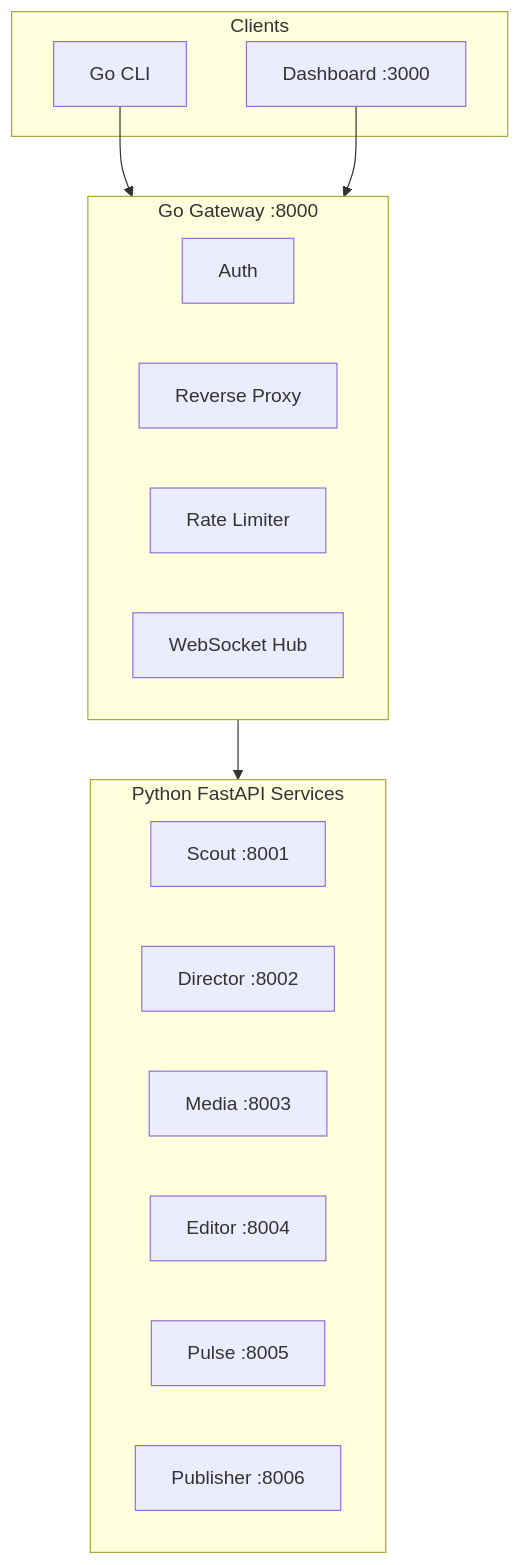
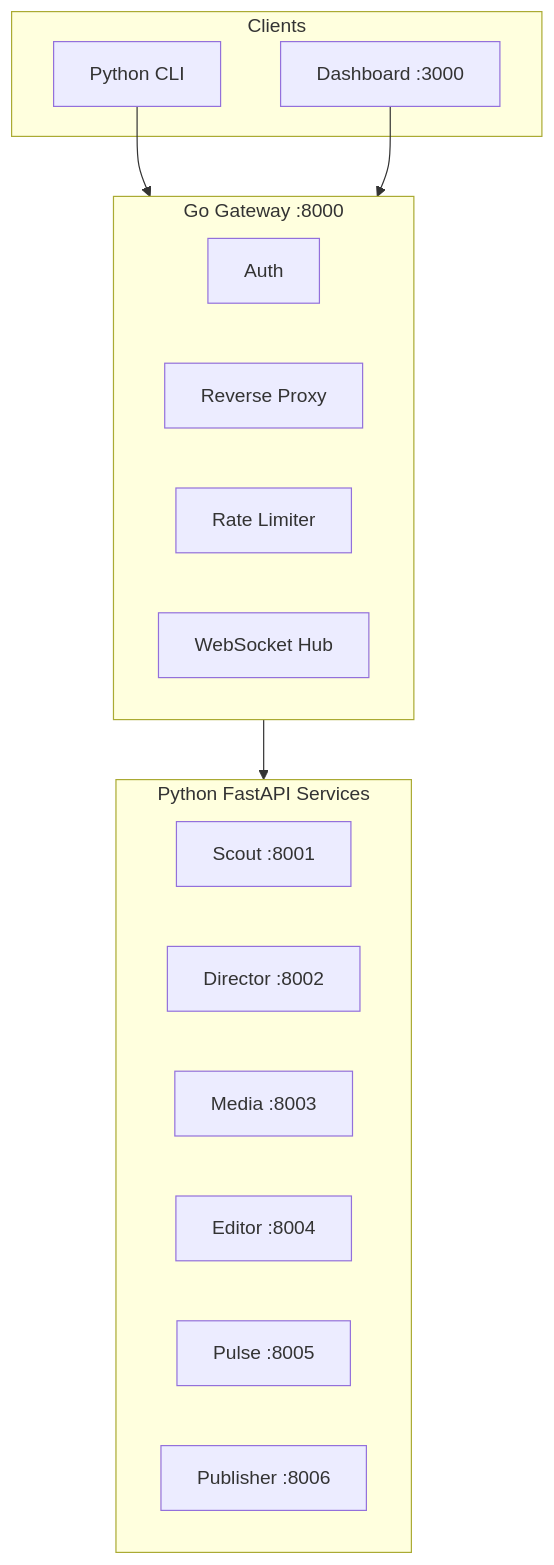
The diagram in docs/services/index.md (nebulae-official/orion), drawn with Mermaid before and after one commit. The commit also changed other lines of this file and 43 other files, not shown here.

````diff
--- a/docs/services/index.md
+++ b/docs/services/index.md
@@ -9,28 +9,28 @@
 ```mermaid
 graph TB
     subgraph Gateway["Go Gateway :8000"]
         direction LR
         AUTH["Auth"]
         PROXY["Reverse Proxy"]
         RATE["Rate Limiter"]
         WSOCK["WebSocket Hub"]
     end
 
     subgraph Python["Python FastAPI Services"]
         SC["Scout :8001"]
         DR["Director :8002"]
         MD["Media :8003"]
         ED["Editor :8004"]
         PL["Pulse :8005"]
         PB["Publisher :8006"]
     end
 
     subgraph Clients["Clients"]
-        CLI["Go CLI"]
+        CLI["Python CLI"]
         DASH["Dashboard :3000"]
     end
 
     CLI --> Gateway
     DASH --> Gateway
     Gateway --> Python
 ```
````
